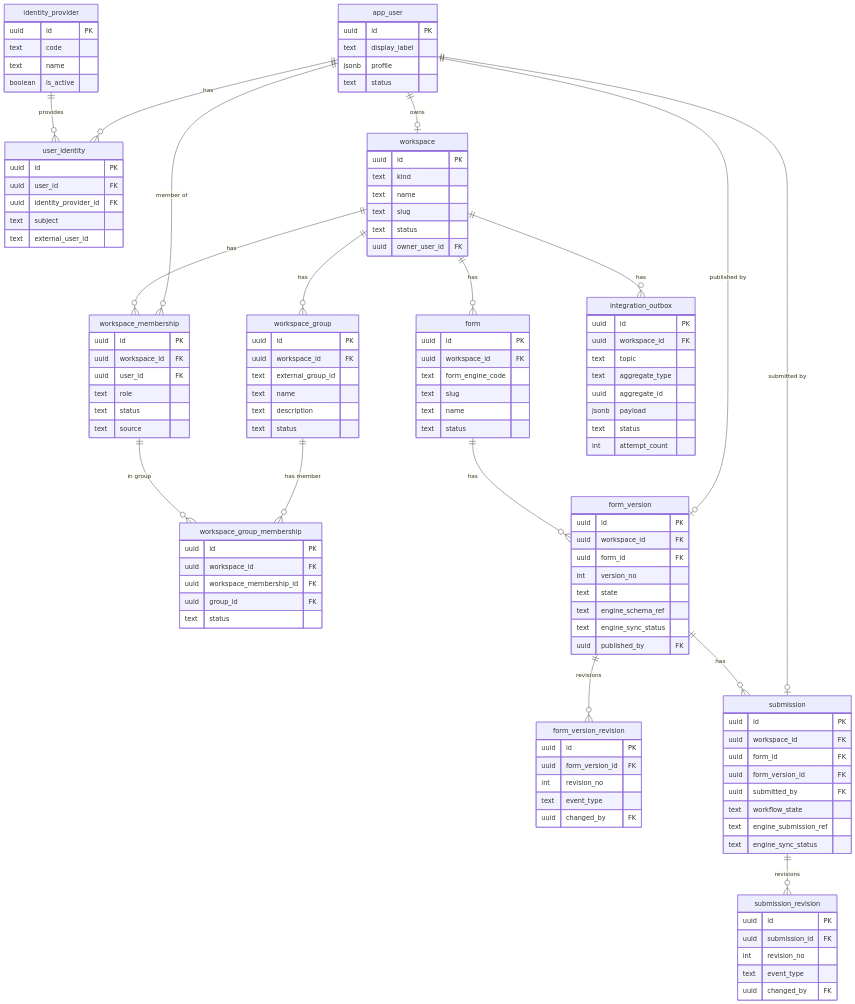
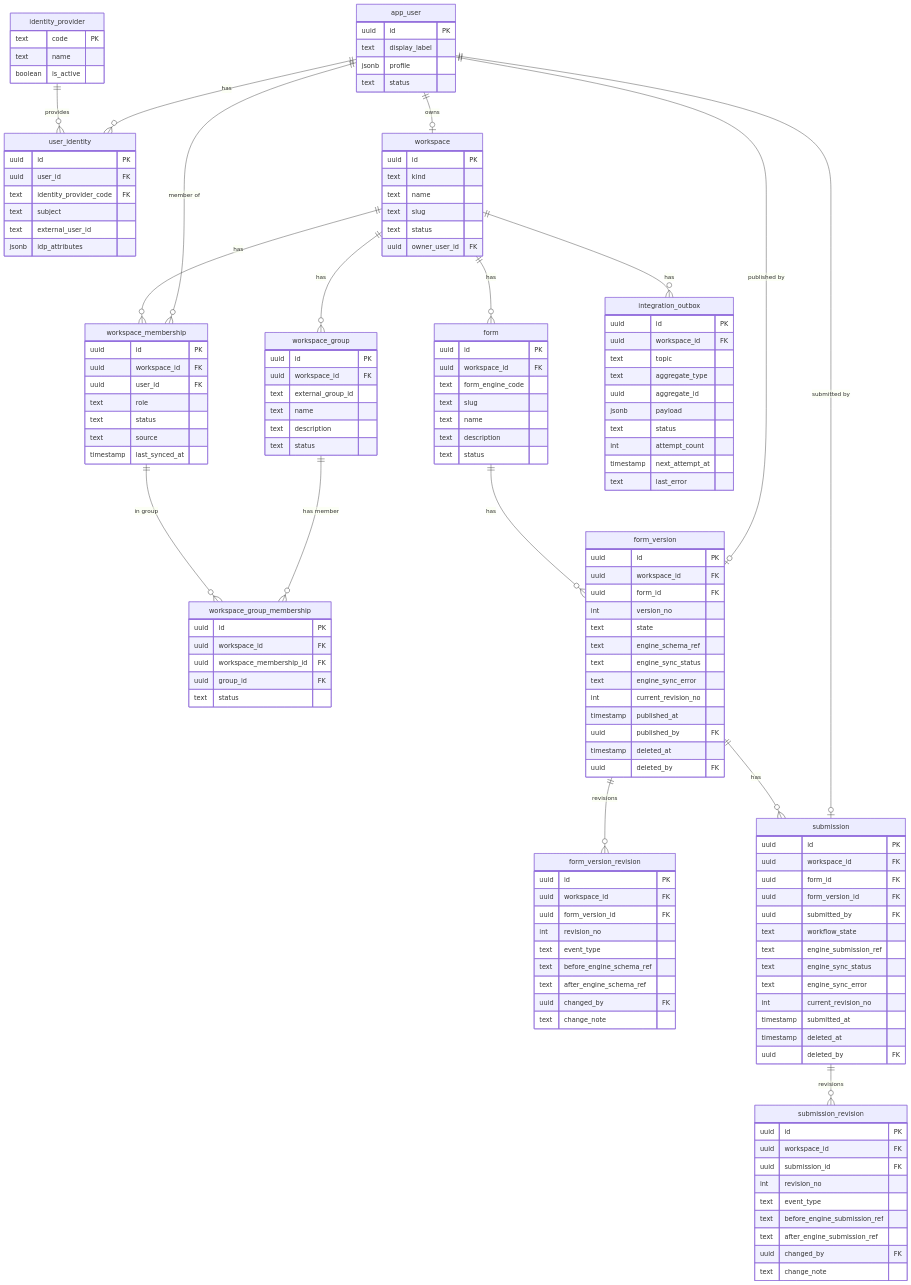
The first of 2 diagrams in docs/datamodel.md (bcgov/soba), drawn with Mermaid before and after one commit. The commit also changed other lines of this file and 2 other files, not shown here.

````diff
--- a/docs/datamodel.md
+++ b/docs/datamodel.md
@@ -20,8 +20,7 @@
 ```mermaid
 erDiagram
   identity_provider {
-    uuid id PK
-    text code
+    text code PK
     text name
     boolean is_active
   }
@@ -34,9 +33,10 @@
   user_identity {
     uuid id PK
     uuid user_id FK
-    uuid identity_provider_id FK
+    text identity_provider_code FK
     text subject
     text external_user_id
+    jsonb idp_attributes
   }
   workspace {
     uuid id PK
@@ -53,6 +53,7 @@
     text role
     text status
     text source
+    timestamp last_synced_at
   }
   workspace_group {
     uuid id PK
@@ -75,6 +76,7 @@
     text form_engine_code
     text slug
     text name
+    text description
     text status
   }
   form_version {
@@ -85,14 +87,23 @@
     text state
     text engine_schema_ref
     text engine_sync_status
+    text engine_sync_error
+    int current_revision_no
+    timestamp published_at
     uuid published_by FK
+    timestamp deleted_at
+    uuid deleted_by FK
   }
   form_version_revision {
     uuid id PK
+    uuid workspace_id FK
     uuid form_version_id FK
     int revision_no
     text event_type
+    text before_engine_schema_ref
+    text after_engine_schema_ref
     uuid changed_by FK
+    text change_note
   }
   submission {
     uuid id PK
@@ -103,13 +114,22 @@
     text workflow_state
     text engine_submission_ref
     text engine_sync_status
+    text engine_sync_error
+    int current_revision_no
+    timestamp submitted_at
+    timestamp deleted_at
+    uuid deleted_by FK
   }
   submission_revision {
     uuid id PK
+    uuid workspace_id FK
     uuid submission_id FK
     int revision_no
     text event_type
+    text before_engine_submission_ref
+    text after_engine_submission_ref
     uuid changed_by FK
+    text change_note
   }
   integration_outbox {
     uuid id PK
@@ -120,6 +140,8 @@
     jsonb payload
     text status
     int attempt_count
+    timestamp next_attempt_at
+    text last_error
   }
 
   identity_provider ||--o{ user_identity : "provides"
````
